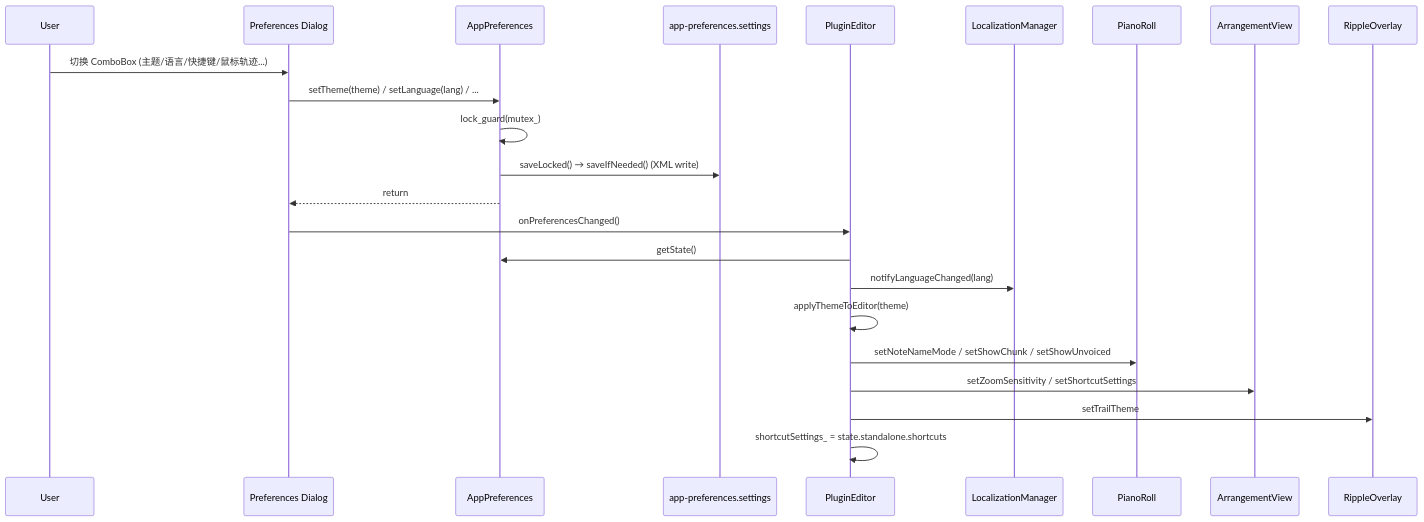
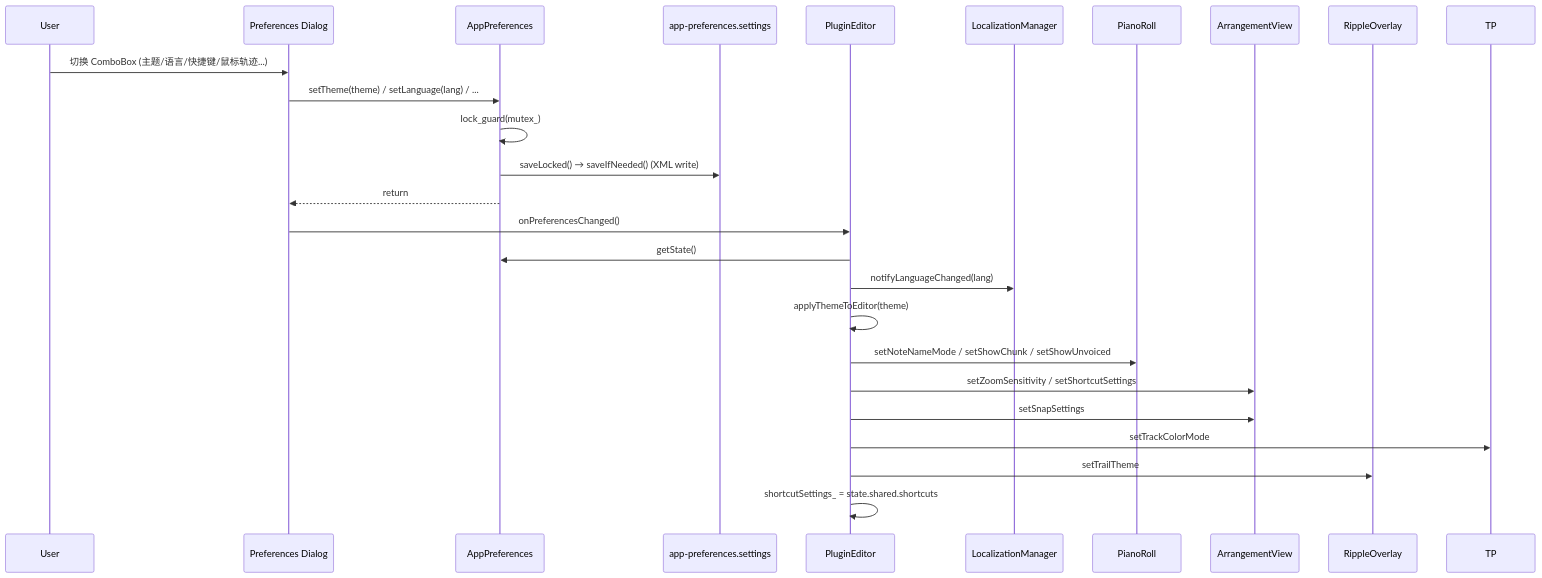
One commit to YuFeng926/OpenTune changed the fourth of 4 diagrams in knowledge/current/modules/ui-main/business.md. Above: the diagram before and after it, drawn with Mermaid. The commit also changed other lines of this file and 40 other files, not shown here.

````diff
--- a/knowledge/current/modules/ui-main/business.md
+++ b/knowledge/current/modules/ui-main/business.md
@@ -233,26 +234,28 @@
 ```mermaid
 sequenceDiagram
     participant U as User
     participant Dlg as Preferences Dialog
     participant AP as AppPreferences
     participant Disk as app-preferences.settings
     participant E as PluginEditor
     participant LM as LocalizationManager
     participant PR as PianoRoll
     participant AV as ArrangementView
     participant Ripple as RippleOverlay
 
     U->>Dlg: 切换 ComboBox (主题/语言/快捷键/鼠标轨迹...)
     Dlg->>AP: setTheme(theme) / setLanguage(lang) / ...
     AP->>AP: lock_guard(mutex_)
     AP->>Disk: saveLocked() → saveIfNeeded()  (XML write)
     AP-->>Dlg: return
     Dlg->>E: onPreferencesChanged()
     E->>AP: getState()
     E->>LM: notifyLanguageChanged(lang)  # if diff
     E->>E: applyThemeToEditor(theme)     # if diff
     E->>PR: setNoteNameMode / setShowChunk / setShowUnvoiced
     E->>AV: setZoomSensitivity / setShortcutSettings
+    E->>AV: setSnapSettings
+    E->>TP: setTrackColorMode
     E->>Ripple: setTrailTheme
-    E->>E: shortcutSettings_ = state.standalone.shortcuts
+    E->>E: shortcutSettings_ = state.shared.shortcuts
 ```
````
